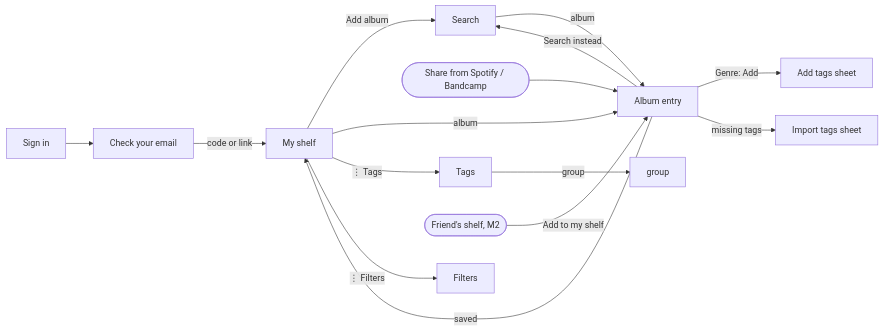
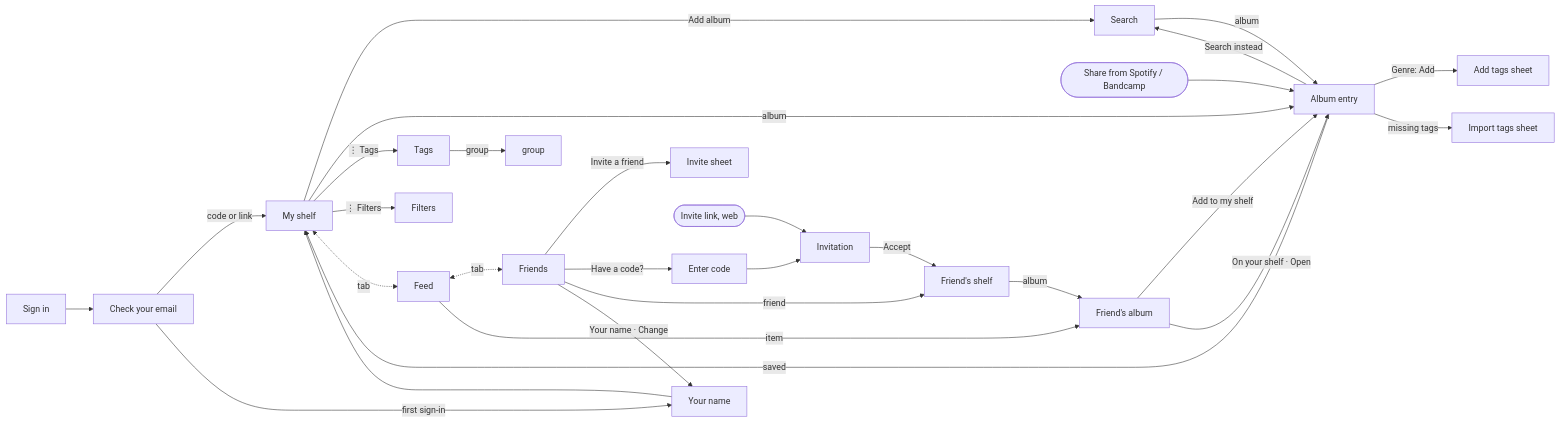
One commit to Schwub/shelf changed the diagram in docs/design/screens.md. Above: the diagram before and after it, drawn with Mermaid. The commit also changed other lines of this file and 11 other files, not shown here.

First line of the commit message:
Design M2: flows, screens and wireframes for friends and the feed

````diff
--- a/docs/design/screens.md
+++ b/docs/design/screens.md
@@ -27,17 +35,30 @@
 ```mermaid
 flowchart LR
   signin[Sign in] --> check[Check your email]
   check -- code or link --> shelf[My shelf]
   shelf -- Add album --> search[Search]
   search -- album --> entry[Album entry]
   shelf -- album --> entry
   share([Share from Spotify / Bandcamp]) --> entry
   entry -- Search instead --> search
   entry -- saved --> shelf
   entry -- Genre: Add --> addtags[Add tags sheet]
   shelf -- ⋮ Tags --> tags[Tags]
   tags -- group --> group
   shelf -- ⋮ Filters --> filters[Filters]
-  friend([Friend's shelf, M2]) -- Add to my shelf --> entry
   entry -- missing tags --> import[Import tags sheet]
+  check -- first sign-in --> name[Your name]
+  name --> shelf
+  shelf <-. tab .-> feed[Feed]
+  feed <-. tab .-> friends[Friends]
+  feed -- item --> falbum[Friend's album]
+  friends -- Invite a friend --> invite[Invite sheet]
+  friends -- Have a code? --> code[Enter code] --> invitation[Invitation]
+  link([Invite link, web]) --> invitation
+  invitation -- Accept --> fshelf[Friend's shelf]
+  friends -- friend --> fshelf
+  fshelf -- album --> falbum
+  falbum -- Add to my shelf --> entry
+  falbum -- On your shelf · Open --> entry
+  friends -- Your name · Change --> name
 ```
````
